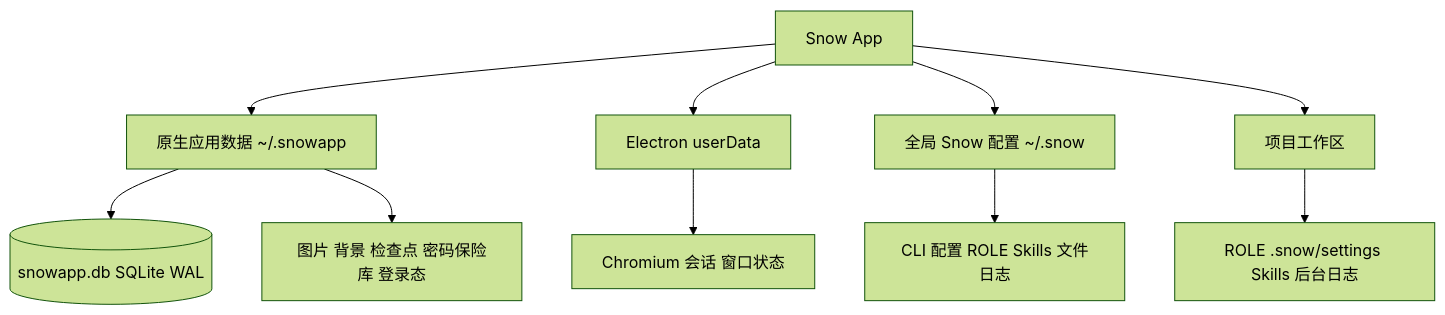
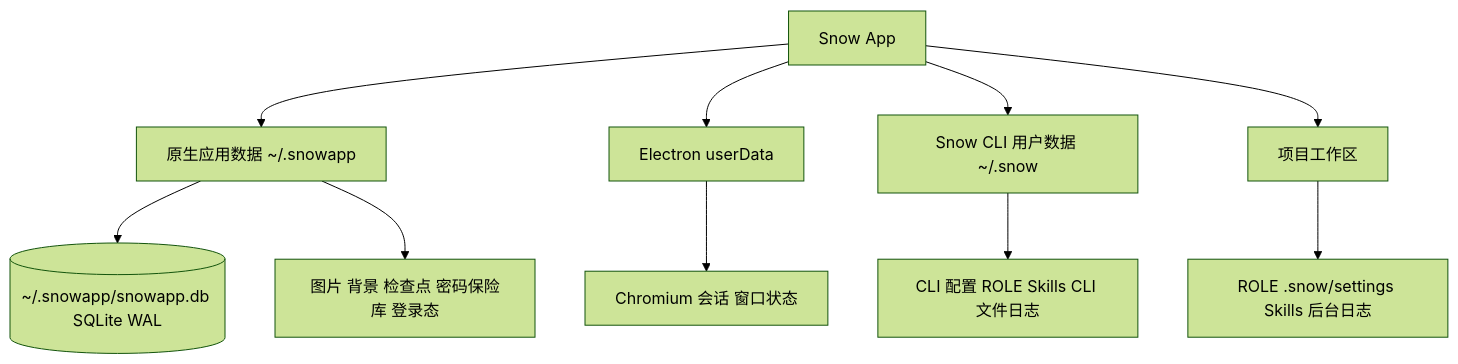
Before and after one commit to BaSui01/snow-app: the diagram in docs/zh-CN/3-参考手册/4-数据存储位置.md, drawn with Mermaid (forest theme). The commit also changed other lines of this file and 22 other files, not shown here.

````diff
--- a/docs/zh-CN/3-参考手册/4-数据存储位置.md
+++ b/docs/zh-CN/3-参考手册/4-数据存储位置.md
@@ -7,13 +7,13 @@
 ```mermaid
 flowchart TB
     APP[Snow App]
     APP --> N[原生应用数据 ~/.snowapp]
     APP --> E[Electron userData]
-    APP --> G[全局 Snow 配置 ~/.snow]
+    APP --> G[Snow CLI 用户数据 ~/.snow]
     APP --> W[项目工作区]
-    N --> DB[(snowapp.db SQLite WAL)]
+    N --> DB[(~/.snowapp/snowapp.db SQLite WAL)]
     N --> RES[图片 背景 检查点 密码保险库 登录态]
     E --> CH[Chromium 会话 窗口状态]
-    G --> CFG[CLI 配置 ROLE Skills 文件日志]
+    G --> CFG[CLI 配置 ROLE Skills CLI 文件日志]
     W --> PROJ[ROLE .snow/settings Skills 后台日志]
 ```
````
